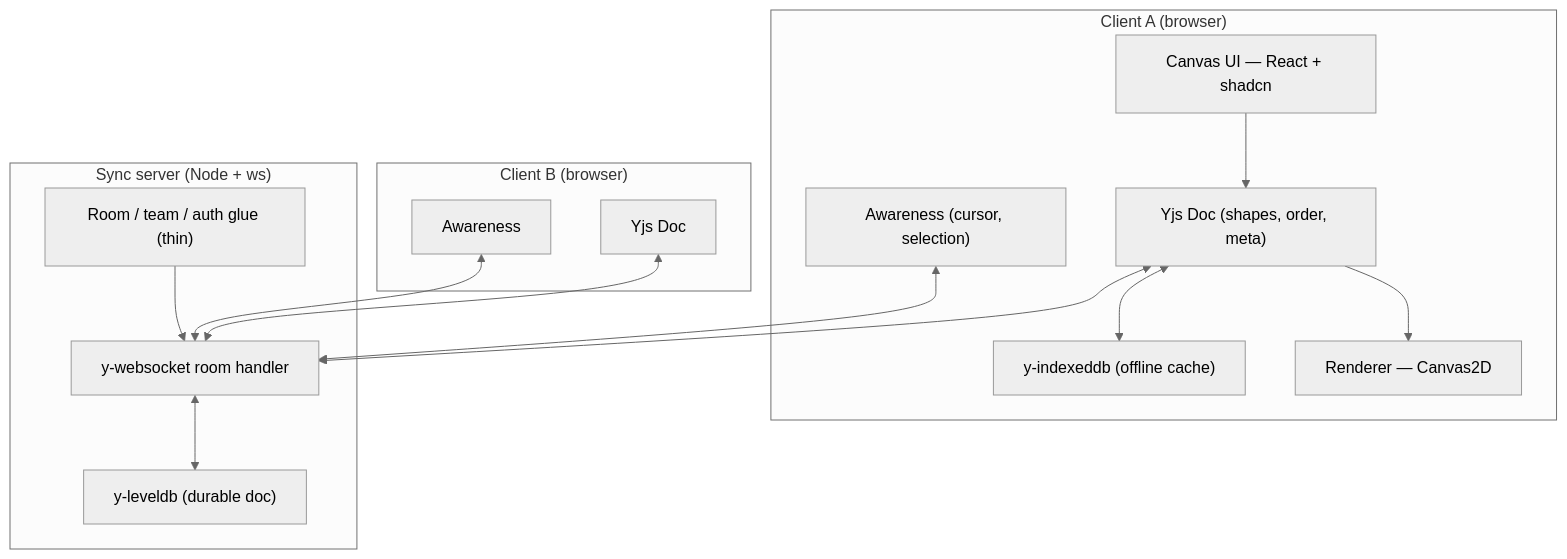
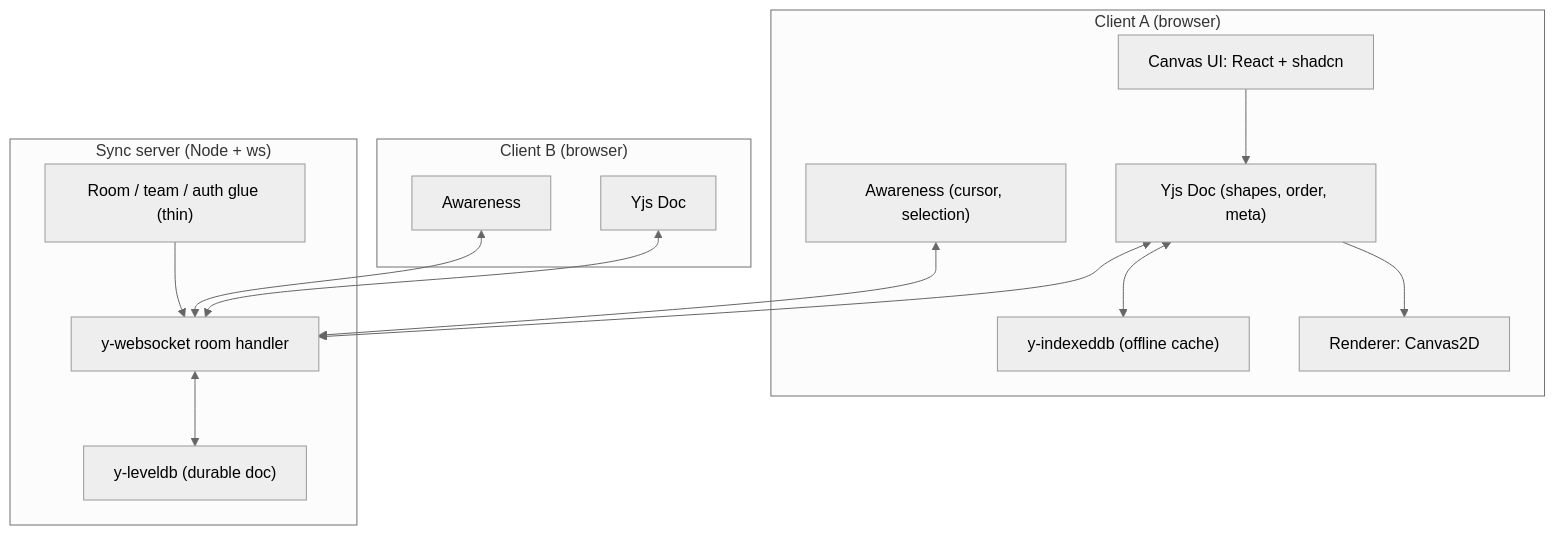
Before and after one commit to zanasalimi/cofield: the first of 3 diagrams in docs/ARCHITECTURE.md, drawn with Mermaid (neutral theme). The commit also changed other lines of this file and 4 other files, not shown here.

````diff
--- a/docs/ARCHITECTURE.md
+++ b/docs/ARCHITECTURE.md
@@ -13,31 +13,31 @@
 ```mermaid
 flowchart TB
     subgraph ClientA["Client A (browser)"]
-        UIA["Canvas UI — React + shadcn"]
+        UIA["Canvas UI: React + shadcn"]
         DocA["Yjs Doc (shapes, order, meta)"]
         AwareA["Awareness (cursor, selection)"]
         IDBA["y-indexeddb (offline cache)"]
-        RenderA["Renderer — Canvas2D"]
+        RenderA["Renderer: Canvas2D"]
     end
 
     subgraph ClientB["Client B (browser)"]
         DocB["Yjs Doc"]
         AwareB["Awareness"]
     end
 
     subgraph Server["Sync server (Node + ws)"]
         WS["y-websocket room handler"]
         Persist["y-leveldb (durable doc)"]
         Rooms["Room / team / auth glue (thin)"]
     end
 
     UIA --> DocA
     DocA <--> IDBA
     DocA --> RenderA
     DocA <--> WS
     AwareA <--> WS
     DocB <--> WS
     AwareB <--> WS
     WS <--> Persist
     Rooms --> WS
 ```
````
